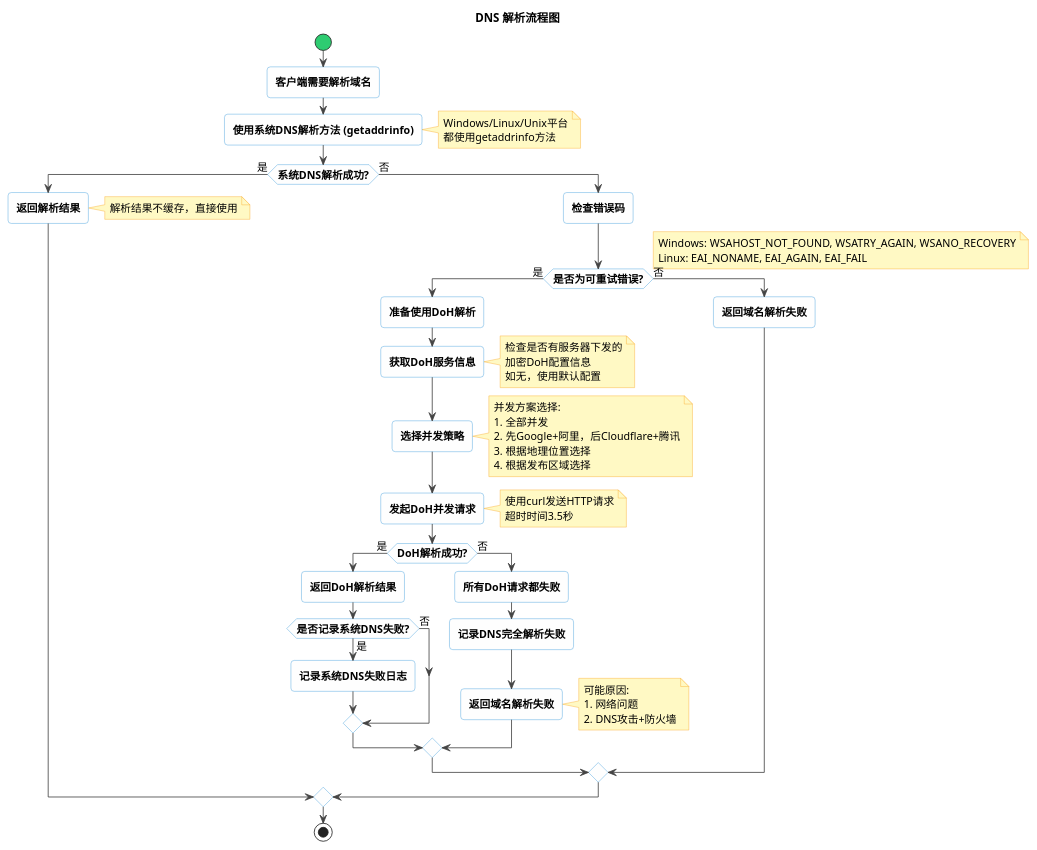
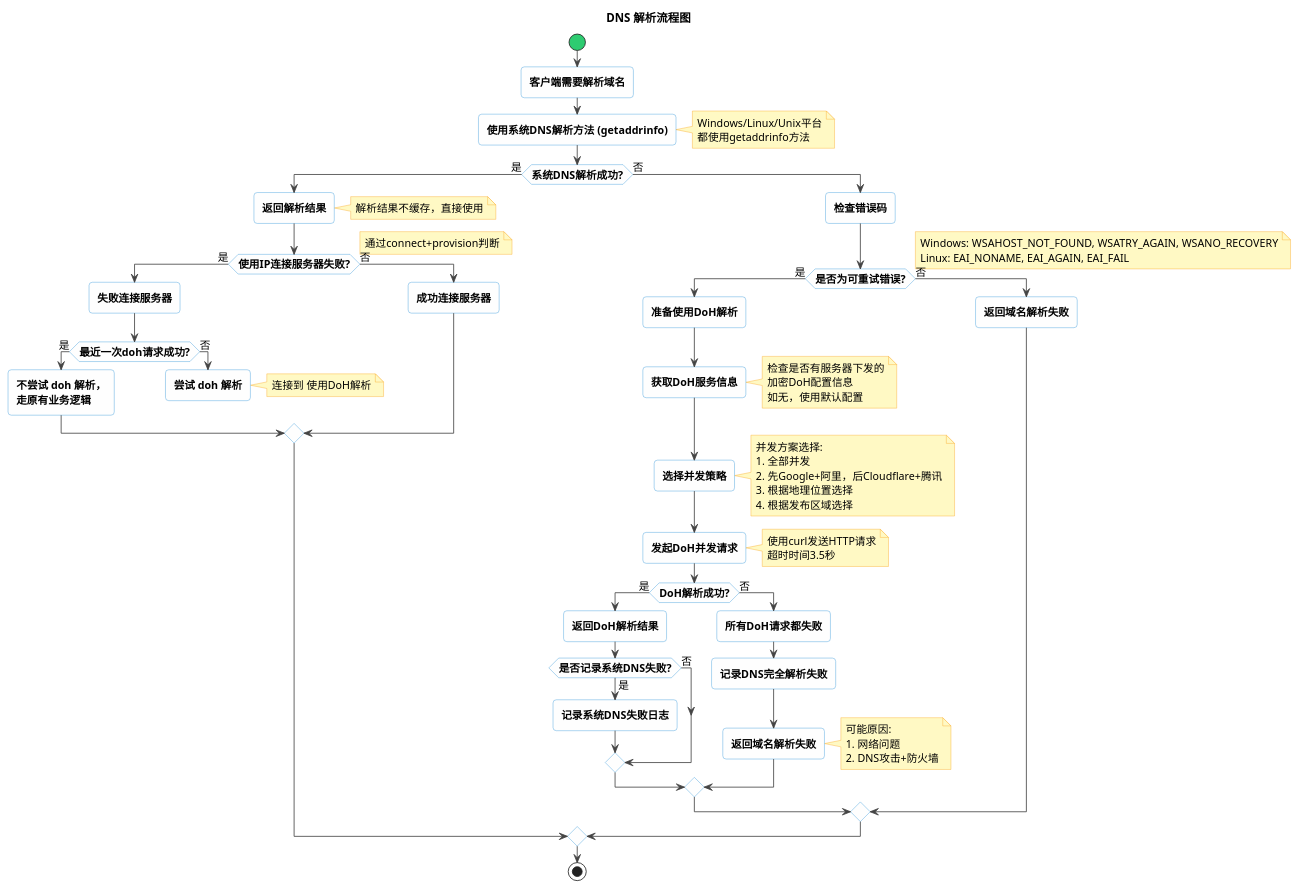
Before and after one commit to AsteriskZuo/test_dns_server: the diagram in docs/dns_resolution_flow.puml, drawn with PlantUML. The commit also changed 1 other file, not shown here.

```diff
--- a/docs/dns_resolution_flow.puml
+++ b/docs/dns_resolution_flow.puml
@@ -1,112 +1,134 @@
 @startuml DNS Resolution Flow
 
 '========== STYLE SETTINGS ==========
 skinparam backgroundColor white
 skinparam handwritten false
 skinparam defaultFontName Arial
 skinparam defaultFontSize 13
 skinparam roundcorner 8
 skinparam arrowColor #444444
 skinparam shadowing false
 
 skinparam activity {
     BackgroundColor #FEFEFE
     BorderColor #3498DB
     FontStyle bold
     StartColor #2ECC71
     EndColor #E74C3C
     DiamondBackgroundColor #FEFEFE
     DiamondBorderColor #3498DB
 }
 
 skinparam note {
     BackgroundColor #FFF9C4
     BorderColor #F9A825
 }
 
 title DNS 解析流程图
 
 '========== START OF DIAGRAM ==========
 start
 
 :客户端需要解析域名;
 
 :使用系统DNS解析方法 (getaddrinfo);
 note right
   Windows/Linux/Unix平台
   都使用getaddrinfo方法
 end note
 
 if (系统DNS解析成功?) then (是)
   :返回解析结果;
   note right
     解析结果不缓存，直接使用
   end note
+
+  if (使用IP连接服务器失败?) then (是)
+    note right
+      通过connect+provision判断
+    end note
+    :失败连接服务器;
+
+    if (最近一次doh请求成功?) then (是)
+      :不尝试 doh 解析，
+      走原有业务逻辑;
+    else (否)
+      :尝试 doh 解析;
+      
+      note right
+        连接到 使用DoH解析
+      end note
+      detach
+    endif
+  else (否)
+    :成功连接服务器;
+  endif
+
 else (否)
   :检查错误码;
   
   if (是否为可重试错误?) then (是)
     note right
       Windows: WSAHOST_NOT_FOUND, WSATRY_AGAIN, WSANO_RECOVERY
       Linux: EAI_NONAME, EAI_AGAIN, EAI_FAIL
     end note
     
     :准备使用DoH解析;
     
     :获取DoH服务信息;
     note right
       检查是否有服务器下发的
       加密DoH配置信息
       如无，使用默认配置
     end note
     
     :选择并发策略;
     note right
       并发方案选择:
       1. 全部并发
       2. 先Google+阿里，后Cloudflare+腾讯
       3. 根据地理位置选择
       4. 根据发布区域选择
     end note
     
     :发起DoH并发请求;
     note right
       使用curl发送HTTP请求
       超时时间3.5秒
     end note
     
     if (DoH解析成功?) then (是)
       :返回DoH解析结果;
       
       if (是否记录系统DNS失败?) then (是)
         :记录系统DNS失败日志;
       else (否)
       endif
       
     else (否)
       :所有DoH请求都失败;
       
       :记录DNS完全解析失败;
       
       :返回域名解析失败;
       note right
         可能原因:
         1. 网络问题
         2. DNS攻击+防火墙
       end note
     endif
   else (否)
     note right
       忽略的错误码:
       Windows: WSAEINVAL, WSA_NOT_ENOUGH_MEMORY,
       WSAEAFNOSUPPORT, WSANO_DATA
       Linux: EAI_MEMORY, EAI_NODATA
     end note
     
     :返回域名解析失败;
   endif
 endif
 
 stop
 
 @enduml
```
